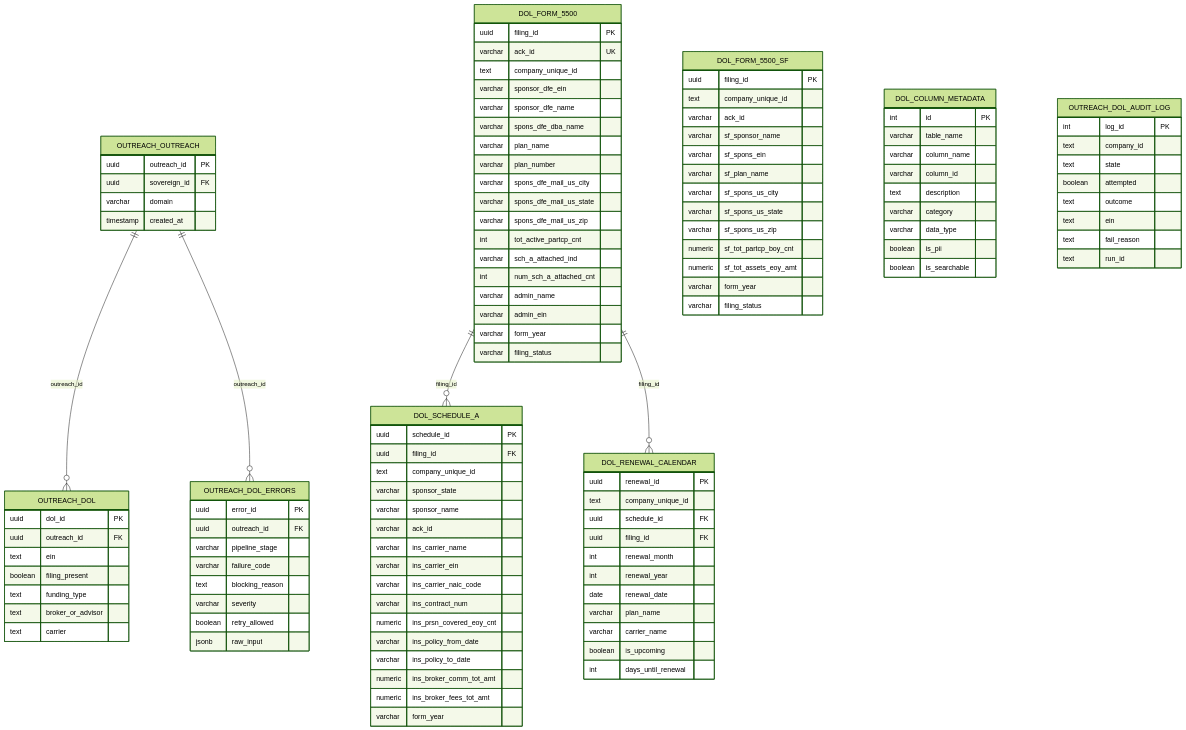
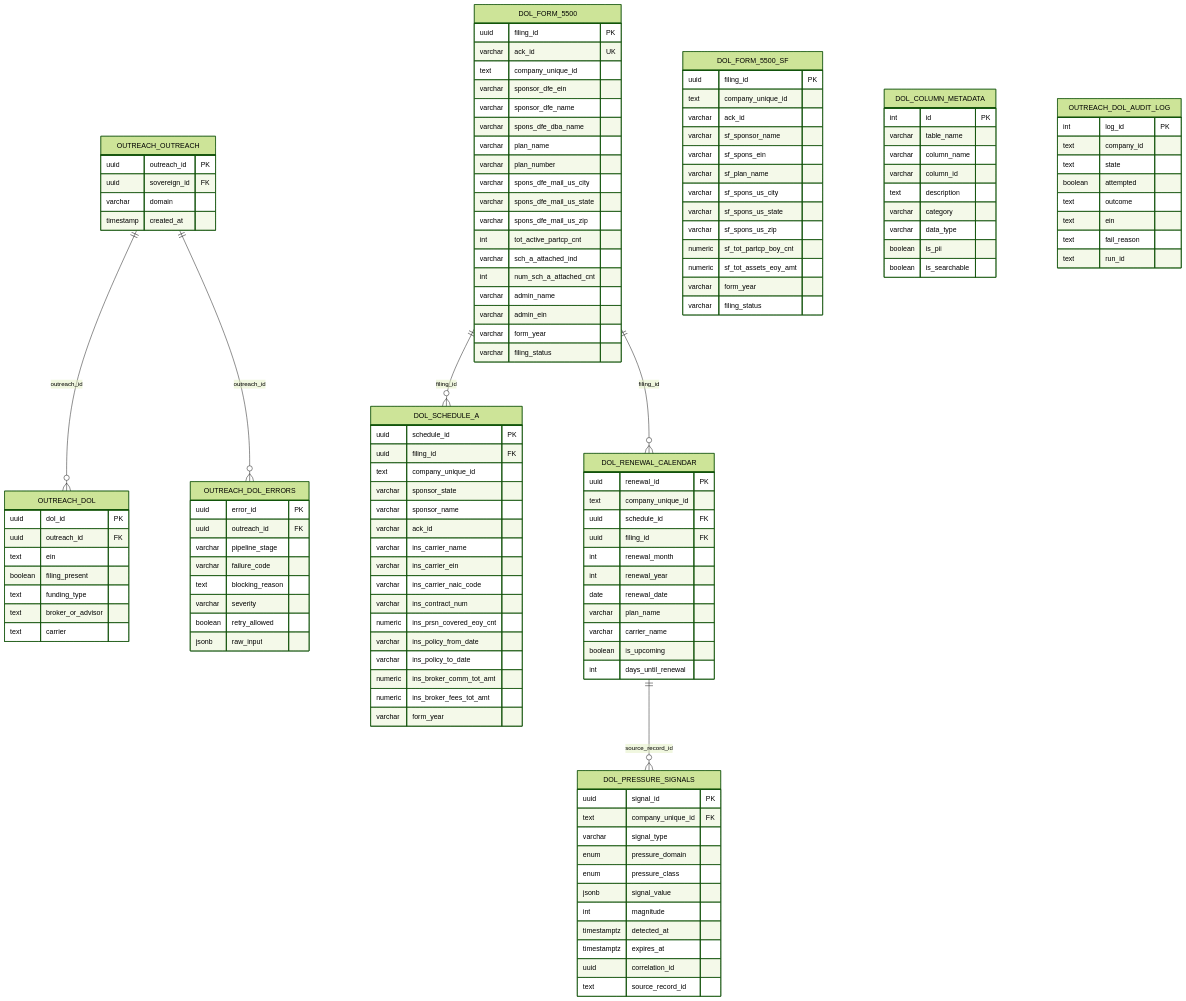
Before and after one commit to djb258/barton-outreach-core: the diagram in hubs/dol-filings/SCHEMA.md, drawn with Mermaid (forest theme). The commit also changed other lines of this file and 20 other files, not shown here.

```diff
--- a/hubs/dol-filings/SCHEMA.md
+++ b/hubs/dol-filings/SCHEMA.md
@@ -35,6 +36,21 @@
 
     DOL_FORM_5500 ||--o{ DOL_SCHEDULE_A : "filing_id"
     DOL_FORM_5500 ||--o{ DOL_RENEWAL_CALENDAR : "filing_id"
+    DOL_RENEWAL_CALENDAR ||--o{ DOL_PRESSURE_SIGNALS : "source_record_id"
+
+    DOL_PRESSURE_SIGNALS {
+        uuid signal_id PK
+        text company_unique_id FK
+        varchar signal_type
+        enum pressure_domain
+        enum pressure_class
+        jsonb signal_value
+        int magnitude
+        timestamptz detected_at
+        timestamptz expires_at
+        uuid correlation_id
+        text source_record_id
+    }
 
     OUTREACH_OUTREACH {
         uuid outreach_id PK
```
